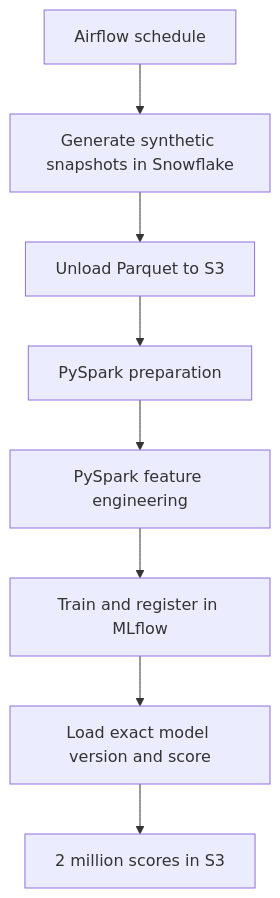
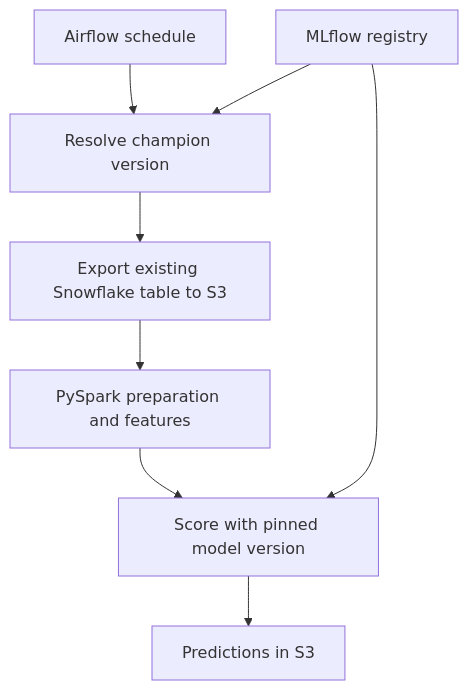
One commit to rishabhsharma231190/credit-card-churn-poc changed the diagram in README.md. Above: the diagram before and after it, drawn with Mermaid. The commit also changed other lines of this file, not shown here.

Commit message:
Update README.md for native EC2 deployment

````diff
--- a/README.md
+++ b/README.md
@@ -9,10 +9,10 @@
 ```mermaid
 flowchart TD
-    A[Airflow schedule] --> B[Generate synthetic snapshots in Snowflake]
-    B --> C[Unload Parquet to S3]
-    C --> D[PySpark preparation]
-    D --> E[PySpark feature engineering]
-    E --> F[Train and register in MLflow]
-    F --> G[Load exact model version and score]
-    G --> H[2 million scores in S3]
+    A[Airflow schedule] --> B[Resolve champion version]
+    B --> C[Export existing Snowflake table to S3]
+    C --> D[PySpark preparation and features]
+    D --> E[Score with pinned model version]
+    E --> F[Predictions in S3]
+    M[MLflow registry] --> B
+    M --> E
 ```
````
